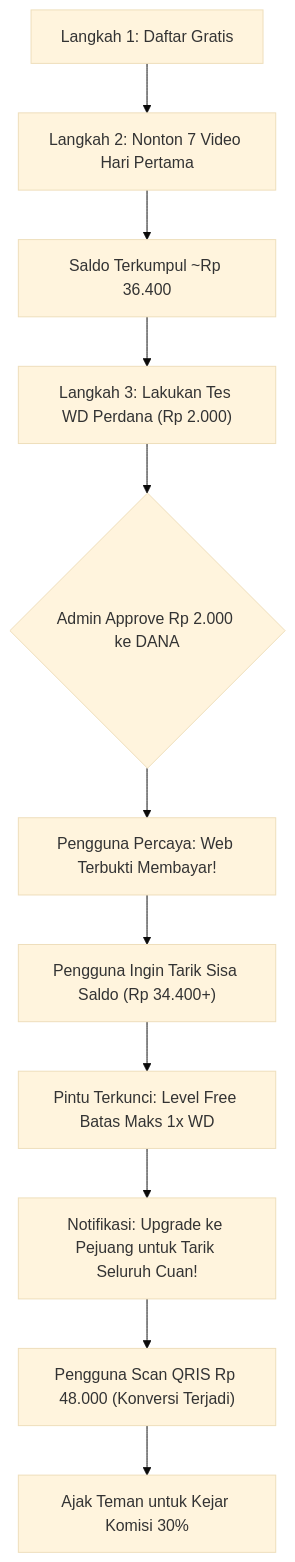
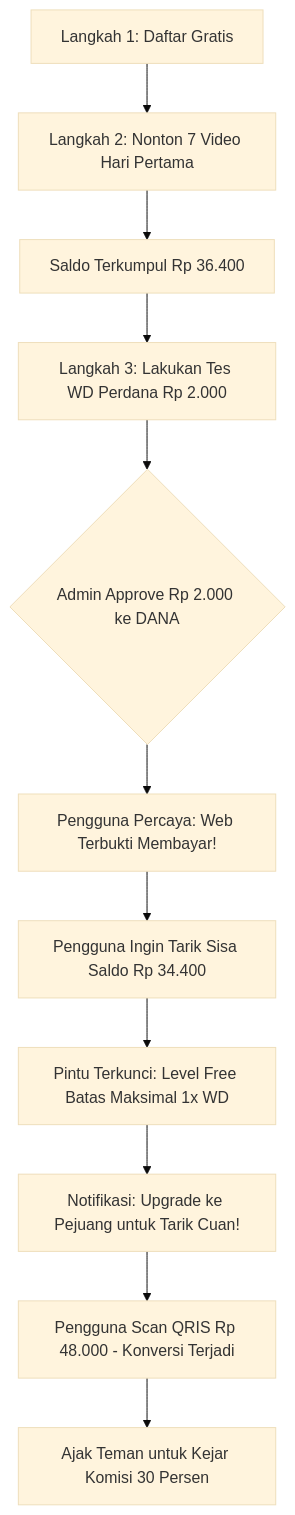
One commit to NixxyHorwitz/lebahcuan changed the fifth of 5 diagrams in PANDUAN_UPGRADE_DAN_PROFIT.md. Above: the diagram before and after it, drawn with Mermaid (base theme). The commit also changed other lines of this file, not shown here.

Commit message:
fix(docs): fix Mermaid diagram syntax for GitHub markdown rendering

````diff
--- a/PANDUAN_UPGRADE_DAN_PROFIT.md
+++ b/PANDUAN_UPGRADE_DAN_PROFIT.md
@@ -193,13 +193,13 @@
 ```mermaid
 flowchart TD
-    A["Langkah 1: Daftar Gratis"] --> B["Langkah 2: Nonton 7 Video Hari Pertama"]
-    B --> C["Saldo Terkumpul ~Rp 36.400"]
-    C --> D["Langkah 3: Lakukan Tes WD Perdana (Rp 2.000)"]
-    D --> E{"Admin Approve Rp 2.000 ke DANA"}
-    E --> F["Pengguna Percaya: Web Terbukti Membayar!"]
-    F --> G["Pengguna Ingin Tarik Sisa Saldo (Rp 34.400+)"]
-    G --> H["Pintu Terkunci: Level Free Batas Maks 1x WD"]
-    H --> I["Notifikasi: Upgrade ke Pejuang untuk Tarik Seluruh Cuan!"]
-    I --> J["Pengguna Scan QRIS Rp 48.000 (Konversi Terjadi)"]
-    J --> K["Ajak Teman untuk Kejar Komisi 30%"]
+    A[Langkah 1: Daftar Gratis] --> B[Langkah 2: Nonton 7 Video Hari Pertama]
+    B --> C[Saldo Terkumpul Rp 36.400]
+    C --> D[Langkah 3: Lakukan Tes WD Perdana Rp 2.000]
+    D --> E{Admin Approve Rp 2.000 ke DANA}
+    E --> F[Pengguna Percaya: Web Terbukti Membayar!]
+    F --> G[Pengguna Ingin Tarik Sisa Saldo Rp 34.400]
+    G --> H[Pintu Terkunci: Level Free Batas Maksimal 1x WD]
+    H --> I[Notifikasi: Upgrade ke Pejuang untuk Tarik Cuan!]
+    I --> J[Pengguna Scan QRIS Rp 48.000 - Konversi Terjadi]
+    J --> K[Ajak Teman untuk Kejar Komisi 30 Persen]
 ```
````
